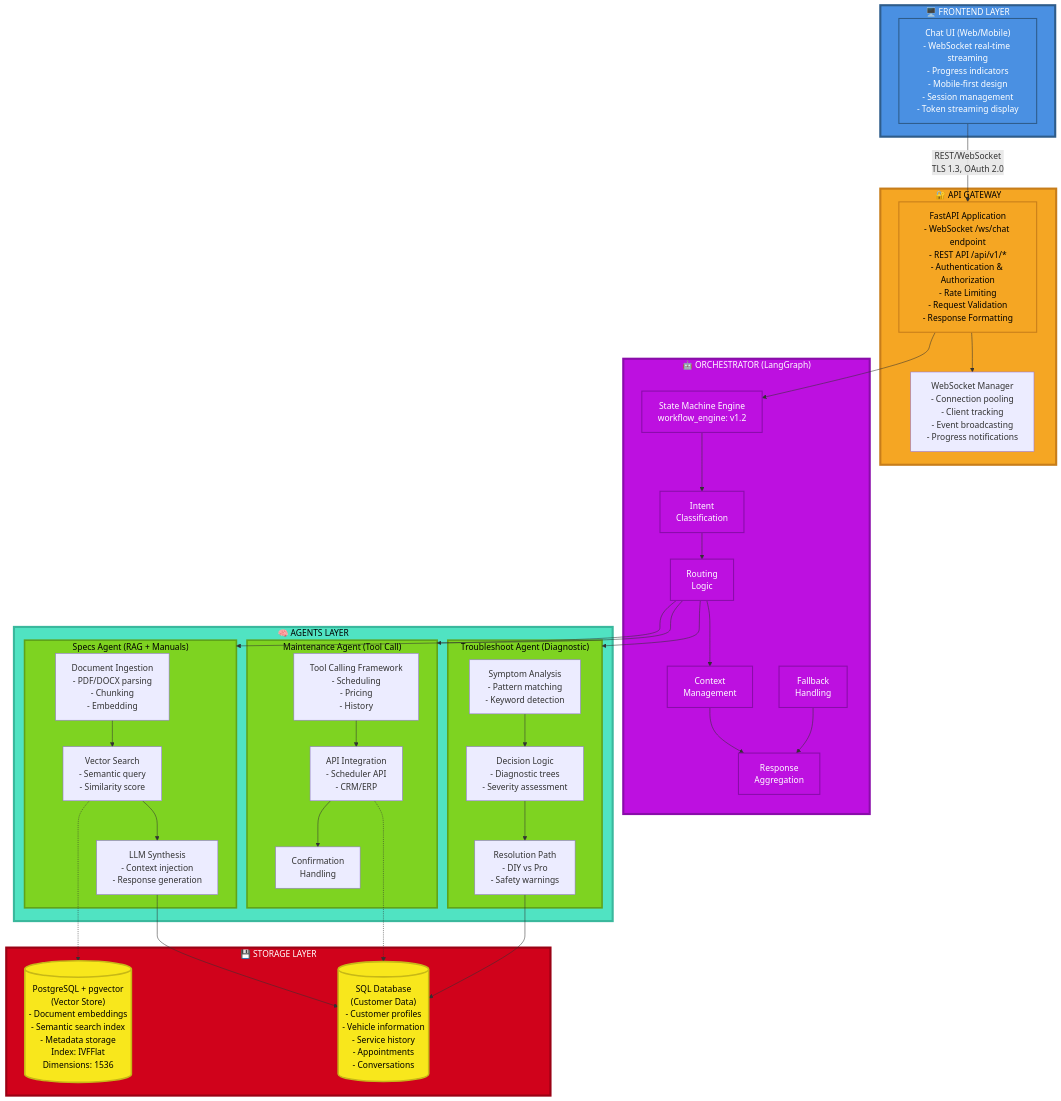
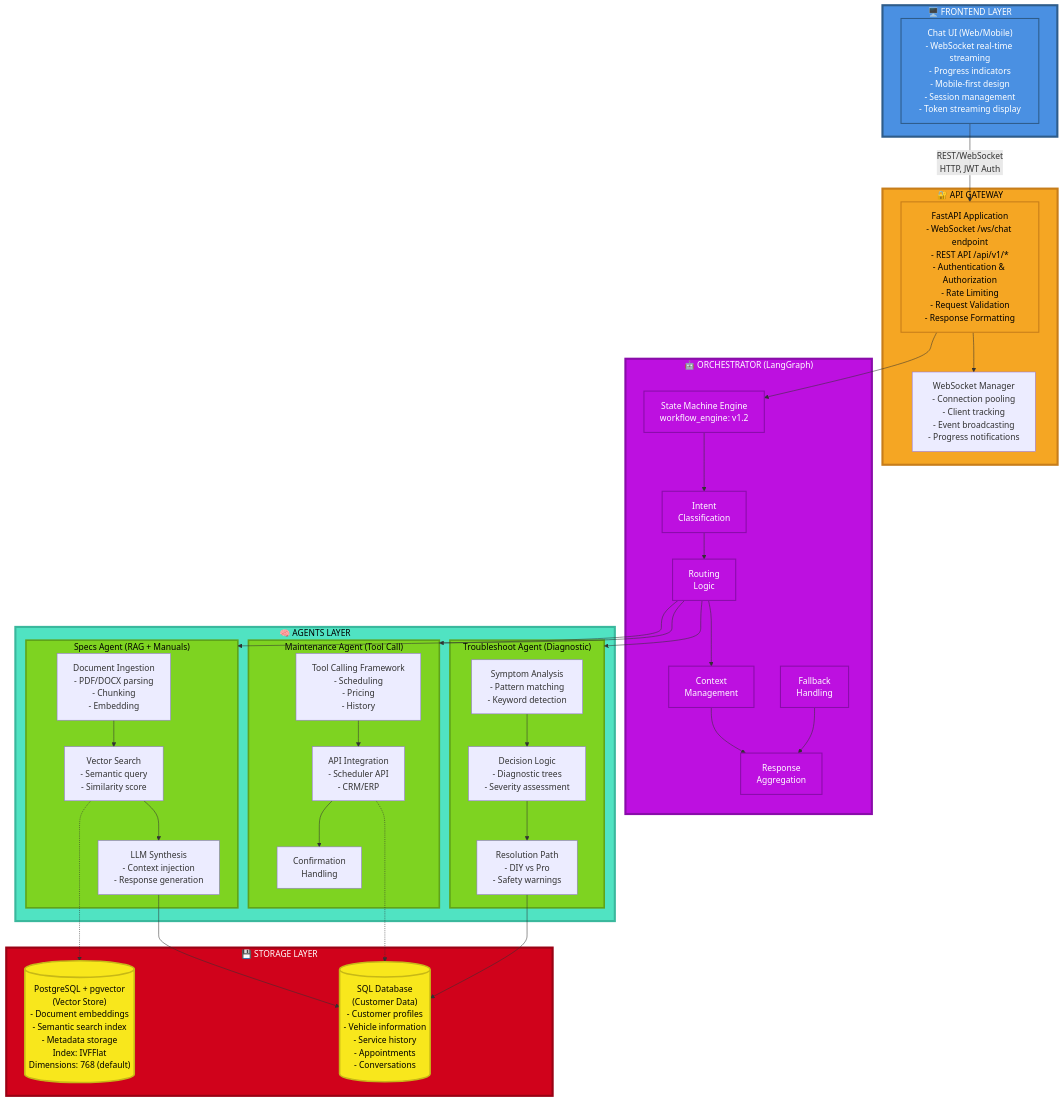
The diagram in docs/architecture/ARCHITECTURE.md (Dumorro/genai-auto), drawn with Mermaid before and after one commit. The commit also changed other lines of this file and 19 other files, not shown here.

```diff
--- a/docs/architecture/ARCHITECTURE.md
+++ b/docs/architecture/ARCHITECTURE.md
@@ -63,11 +63,11 @@
     end
     
     subgraph STORAGE["💾 STORAGE LAYER"]
-        Vector[("PostgreSQL + pgvector<br/>(Vector Store)<br/>- Document embeddings<br/>- Semantic search index<br/>- Metadata storage<br/>Index: IVFFlat<br/>Dimensions: 1536")]
+        Vector[("PostgreSQL + pgvector<br/>(Vector Store)<br/>- Document embeddings<br/>- Semantic search index<br/>- Metadata storage<br/>Index: IVFFlat<br/>Dimensions: 768 (default)")]
         SQL[("SQL Database<br/>(Customer Data)<br/>- Customer profiles<br/>- Vehicle information<br/>- Service history<br/>- Appointments<br/>- Conversations")]
     end
     
-    UI -->|REST/WebSocket<br/>TLS 1.3, OAuth 2.0| FastAPI
+    UI -->|REST/WebSocket<br/>HTTP, JWT Auth| FastAPI
     FastAPI --> StateMachine
     StateMachine --> Intent
     
```
